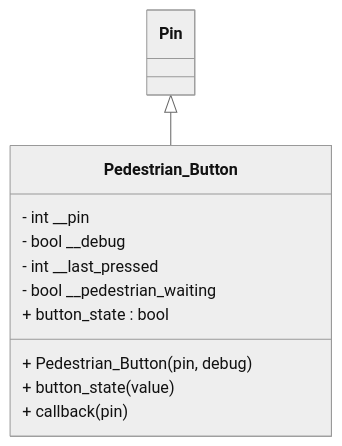
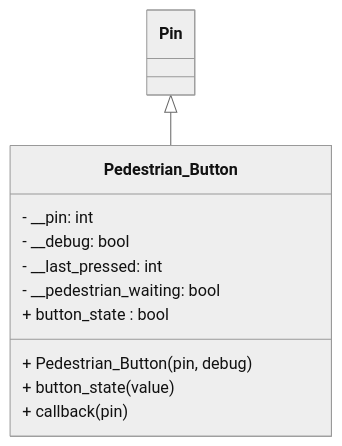
Before and after one commit to TempeHS/MicroPython_OOP_Pi_Pico_Mini_Project_Source: the diagram in tutorials/Lecture4.md, drawn with Mermaid (neutral theme). The commit also changed 5 other files, not shown here.

````diff
--- a/tutorials/Lecture4.md
+++ b/tutorials/Lecture4.md
@@ -12,17 +12,17 @@
 ```mermaid
 classDiagram
     class Pin
 
     class Pedestrian_Button {
-        - int __pin
-        - bool __debug
-        - int __last_pressed
-        - bool __pedestrian_waiting
+        - __pin: int
+        - __debug: bool
+        - __last_pressed: int
+        - __pedestrian_waiting: bool
         + Pedestrian_Button(pin, debug)
         + button_state : bool
         + button_state(value)
         + callback(pin)
     }
 
     Pin <|-- Pedestrian_Button
 ```
````
